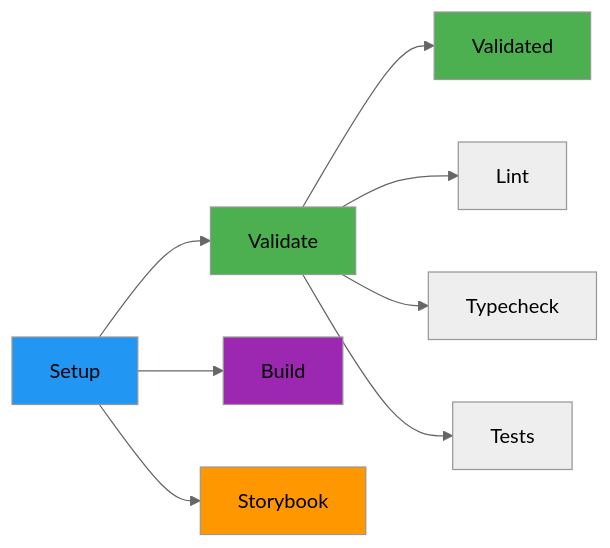
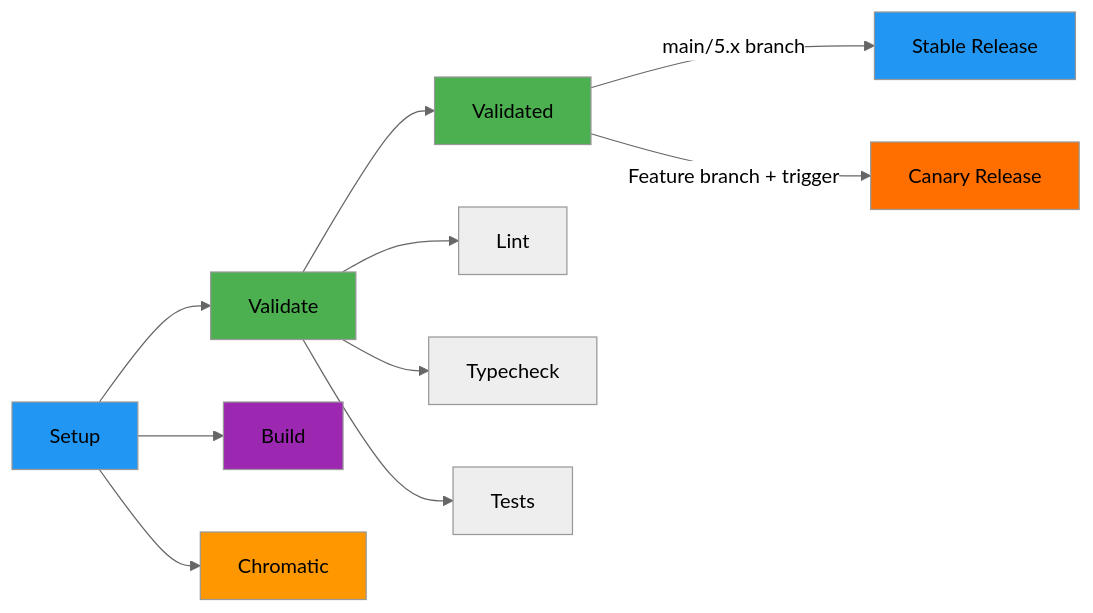
Before and after one commit to iress/design-system: the second of 4 diagrams in .github/WORKFLOWS.md, drawn with Mermaid (neutral theme). The commit also changed other lines of this file and 10 other files, not shown here.

````diff
--- a/.github/WORKFLOWS.md
+++ b/.github/WORKFLOWS.md
@@ -44,20 +57,25 @@
 ```mermaid
 graph LR
     A[Setup] --> B[Validate]
     A --> C[Build]
-    A --> D[Storybook]
+    A --> D[Chromatic]
     B --> E[Validated]
+
+    E -->|main/5.x branch| F[Stable Release]
+    E -->|Feature branch + trigger| G[Canary Release]
 
     B1[Lint]
     B2[Typecheck]
     B3[Tests]
     B --> B1
     B --> B2
     B --> B3
 
     style A fill:#2196F3
     style B fill:#4CAF50
     style C fill:#9C27B0
     style D fill:#FF9800
     style E fill:#4CAF50
+    style F fill:#2196F3
+    style G fill:#FF6F00
 ```
````
